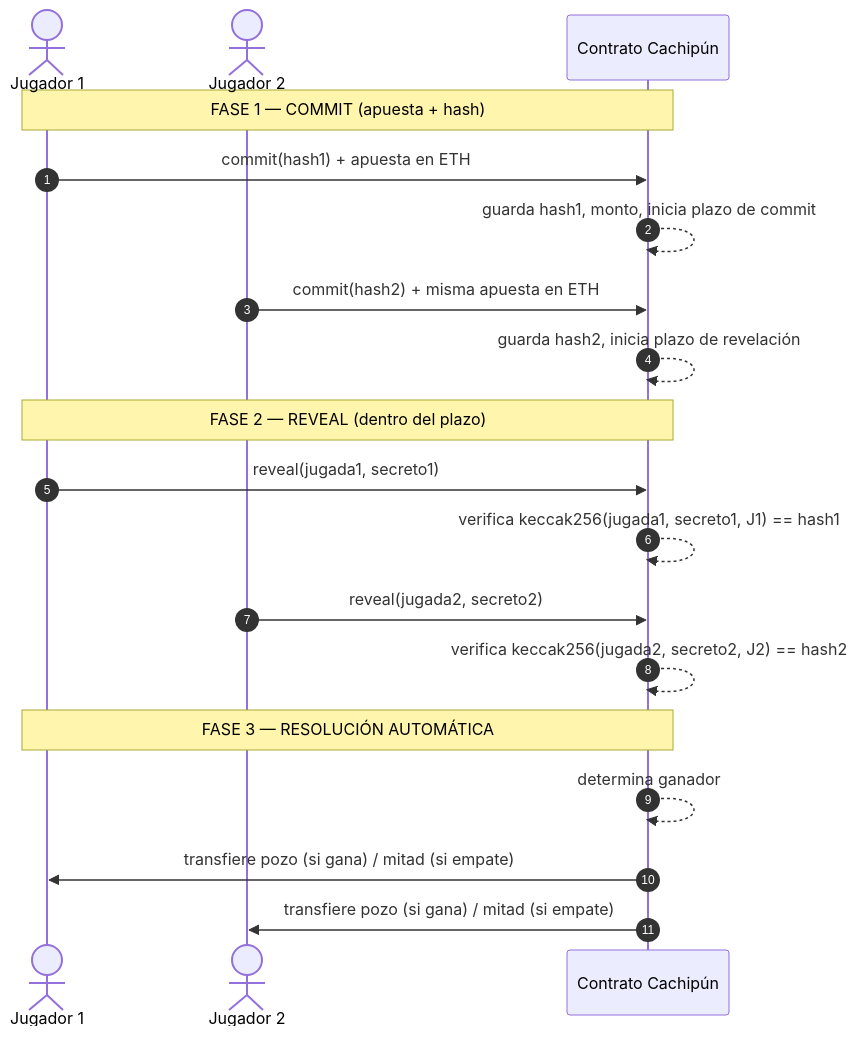
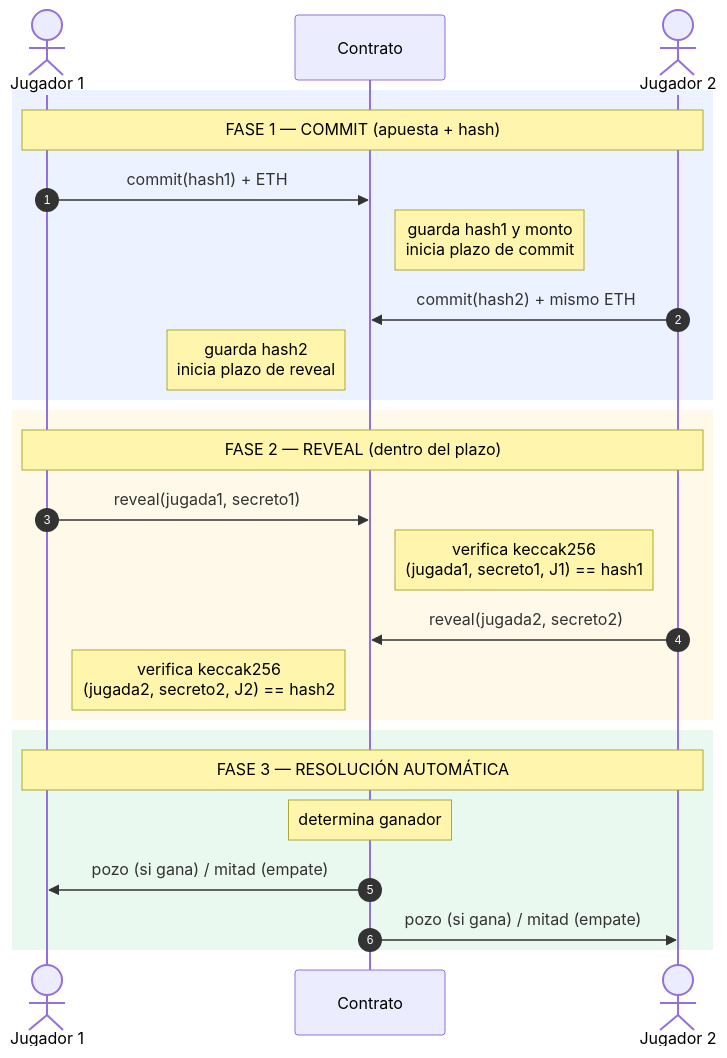
The first of 2 diagrams in README.md (DiegoPyLL/Cachipun-Ethereum), drawn with Mermaid before and after one commit. The commit also changed other lines of this file, not shown here.

Commit message:
Clarify game flow in README
Updated the README documentation to make the Cachipún contract flow clearer. The commit/reveal sequence diagram and state diagram now reflect the actual game phases, timeout handling, and settlement rules for winner or draw cases, improving readability for players and reviewers.

````diff
--- a/README.md
+++ b/README.md
@@ -11,24 +11,30 @@
 ```mermaid
 sequenceDiagram
     autonumber
     actor J1 as Jugador 1
+    participant C as Contrato
     actor J2 as Jugador 2
-    participant C as Contrato Cachipún
 
-    Note over J1,C: FASE 1 — COMMIT (apuesta + hash)
-    J1->>C: commit(hash1) + apuesta en ETH
-    C-->>C: guarda hash1, monto, inicia plazo de commit
-    J2->>C: commit(hash2) + misma apuesta en ETH
-    C-->>C: guarda hash2, inicia plazo de revelación
+    rect rgba(100, 150, 255, 0.12)
+    Note over J1,J2: FASE 1 — COMMIT (apuesta + hash)
+    J1->>C: commit(hash1) + ETH
+    Note right of C: guarda hash1 y monto<br/>inicia plazo de commit
+    J2->>C: commit(hash2) + mismo ETH
+    Note left of C: guarda hash2<br/>inicia plazo de reveal
+    end
 
-    Note over J1,C: FASE 2 — REVEAL (dentro del plazo)
+    rect rgba(255, 200, 80, 0.12)
+    Note over J1,J2: FASE 2 — REVEAL (dentro del plazo)
     J1->>C: reveal(jugada1, secreto1)
-    C-->>C: verifica keccak256(jugada1, secreto1, J1) == hash1
+    Note right of C: verifica keccak256<br/>(jugada1, secreto1, J1) == hash1
     J2->>C: reveal(jugada2, secreto2)
-    C-->>C: verifica keccak256(jugada2, secreto2, J2) == hash2
+    Note left of C: verifica keccak256<br/>(jugada2, secreto2, J2) == hash2
+    end
 
-    Note over J1,C: FASE 3 — RESOLUCIÓN AUTOMÁTICA
-    C-->>C: determina ganador
-    C->>J1: transfiere pozo (si gana) / mitad (si empate)
-    C->>J2: transfiere pozo (si gana) / mitad (si empate)
+    rect rgba(80, 200, 120, 0.12)
+    Note over J1,J2: FASE 3 — RESOLUCIÓN AUTOMÁTICA
+    Note over C: determina ganador
+    C->>J1: pozo (si gana) / mitad (empate)
+    C->>J2: pozo (si gana) / mitad (empate)
+    end
 ```
````
